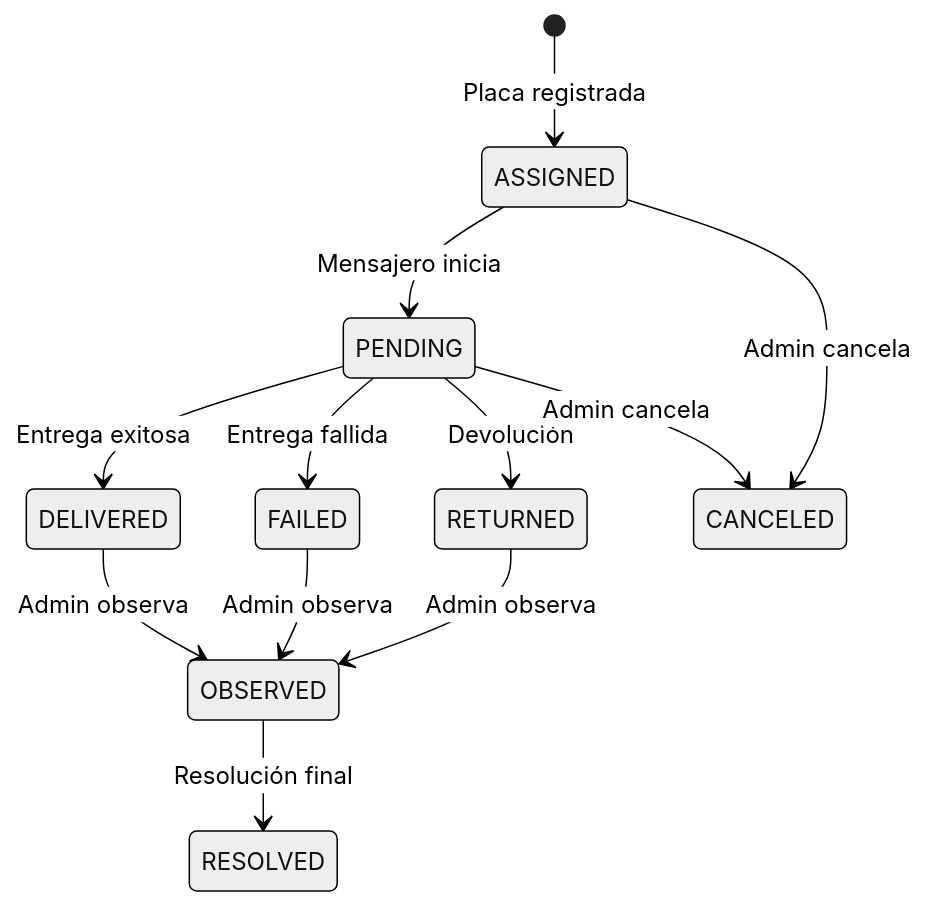
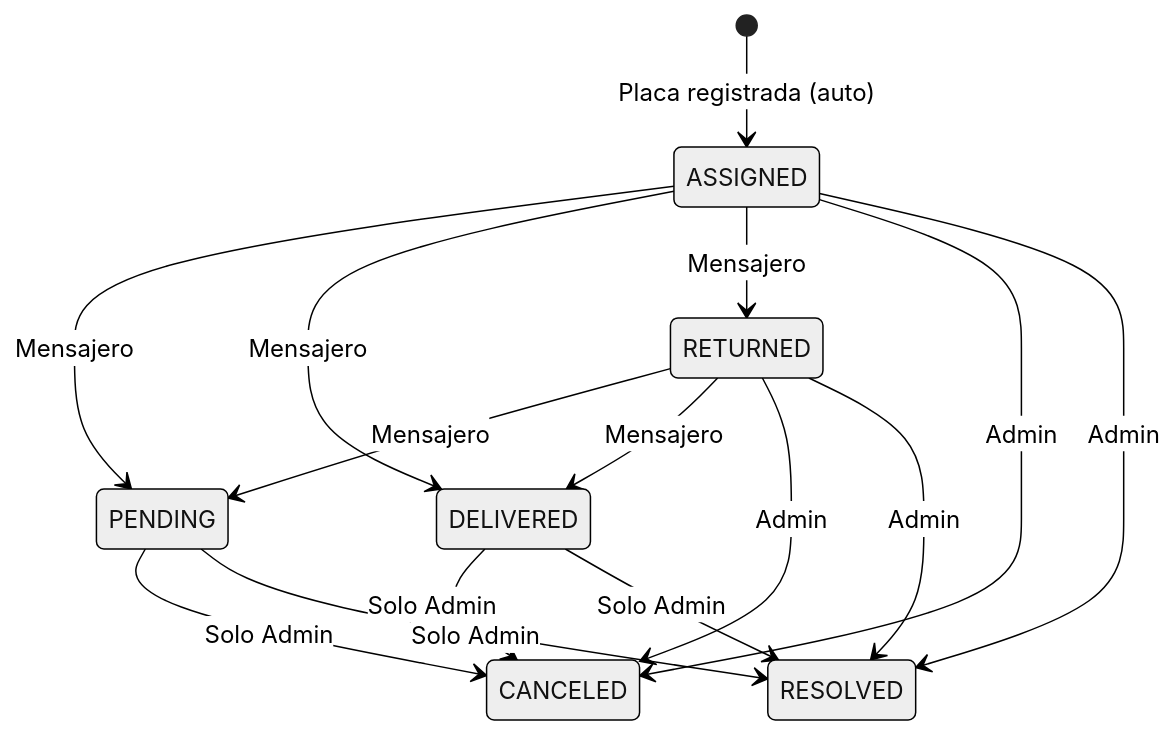
The sixth of 6 diagrams in README.md (fttmatteo/messenger-backend), drawn with Mermaid (neutral theme) before and after one commit. The commit also changed other lines of this file and 1 other file, not shown here.

````diff
--- a/README.md
+++ b/README.md
@@ -739,14 +1157,23 @@
 ```mermaid
 stateDiagram-v2
-    [*] --> ASSIGNED: Placa registrada
-    ASSIGNED --> PENDING: Mensajero inicia
-    PENDING --> DELIVERED: Entrega exitosa
-    PENDING --> FAILED: Entrega fallida
-    PENDING --> RETURNED: Devolución
-    DELIVERED --> OBSERVED: Admin observa
-    FAILED --> OBSERVED: Admin observa
-    RETURNED --> OBSERVED: Admin observa
-    OBSERVED --> RESOLVED: Resolución final
-    ASSIGNED --> CANCELED: Admin cancela
-    PENDING --> CANCELED: Admin cancela
+    [*] --> ASSIGNED: Placa registrada (auto)
+    
+    ASSIGNED --> PENDING: Mensajero
+    ASSIGNED --> DELIVERED: Mensajero
+    ASSIGNED --> RETURNED: Mensajero
+    
+    RETURNED --> PENDING: Mensajero
+    RETURNED --> DELIVERED: Mensajero
+    
+    PENDING --> CANCELED: Solo Admin
+    PENDING --> RESOLVED: Solo Admin
+    
+    DELIVERED --> CANCELED: Solo Admin
+    DELIVERED --> RESOLVED: Solo Admin
+    
+    RETURNED --> CANCELED: Admin
+    RETURNED --> RESOLVED: Admin
+    
+    ASSIGNED --> CANCELED: Admin
+    ASSIGNED --> RESOLVED: Admin
 ```
````
